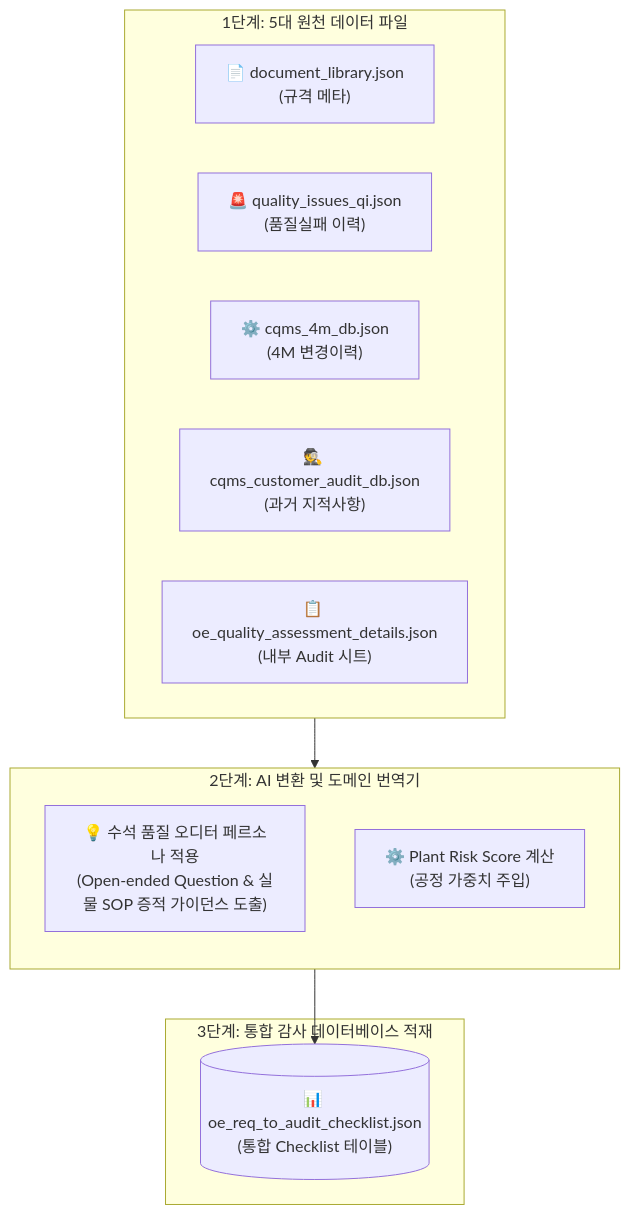
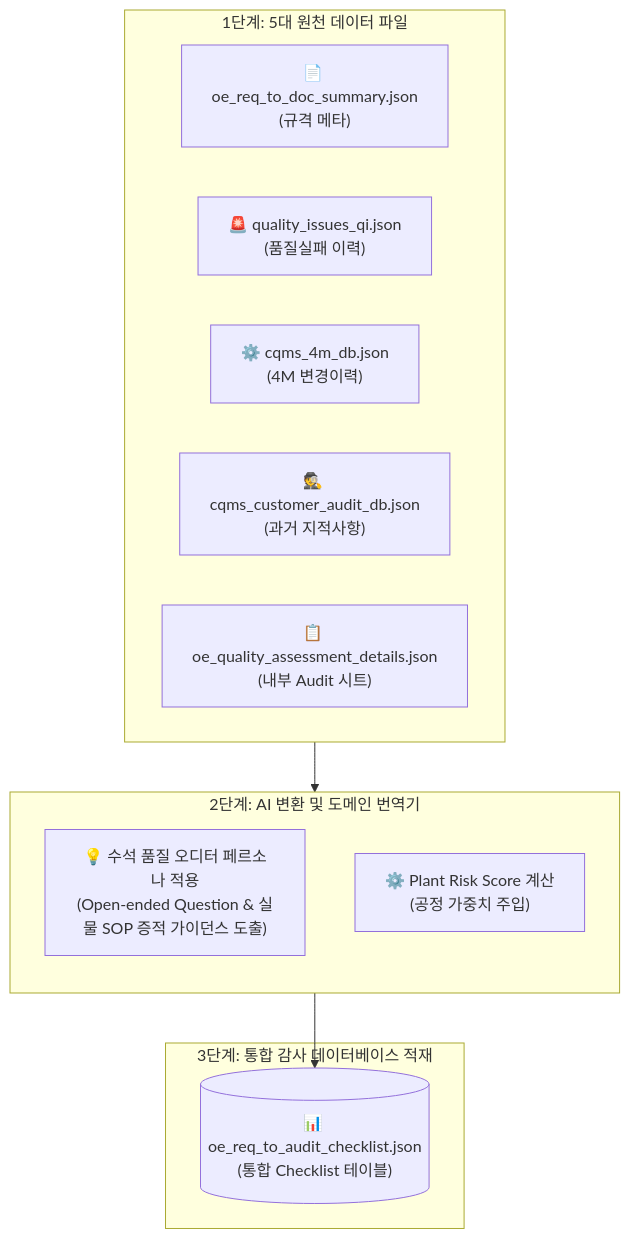
One commit to jumasi-34/RiskHunter changed the diagram in context/03_product_database_schema.md. Above: the diagram before and after it, drawn with Mermaid. The commit also changed other lines of this file and 7 other files, not shown here.

Commit message:
refactor: update all references and Python scripts to point to renamed data/oe_req_to_doc_summary.json

````diff
--- a/context/03_product_database_schema.md
+++ b/context/03_product_database_schema.md
@@ -30,25 +30,25 @@
 ```mermaid
 flowchart TD
     subgraph Raw_Resources ["1단계: 5대 원천 데이터 파일"]
         direction LR
-        SRC_DOC["📄 document_library.json<br>(규격 메타)"]
+        SRC_DOC["📄 oe_req_to_doc_summary.json<br>(규격 메타)"]
         SRC_QI["🚨 quality_issues_qi.json<br>(품질실패 이력)"]
         SRC_4M["⚙️ cqms_4m_db.json<br>(4M 변경이력)"]
         SRC_AUD["🕵️ cqms_customer_audit_db.json<br>(과거 지적사항)"]
         SRC_INT["📋 oe_quality_assessment_details.json<br>(내부 Audit 시트)"]
     end
 
     subgraph AI_Parser_Engine ["2단계: AI 변환 및 도메인 번역기"]
         direction TB
         PROMPT["💡 수석 품질 오디터 페르소나 적용<br>(Open-ended Question & 실물 SOP 증적 가이던스 도출)"]
         BOOST["⚙️ Plant Risk Score 계산<br>(공정 가중치 주입)"]
     end
 
     subgraph Consolidated_Virtual_DB ["3단계: 통합 감사 데이터베이스 적재"]
         T_UAC[("📊 oe_req_to_audit_checklist.json<br>(통합 Checklist 테이블)")]
     end
 
     %% 데이터 흐름 연결
     Raw_Resources --> AI_Parser_Engine
     AI_Parser_Engine --> T_UAC
 ```
````
